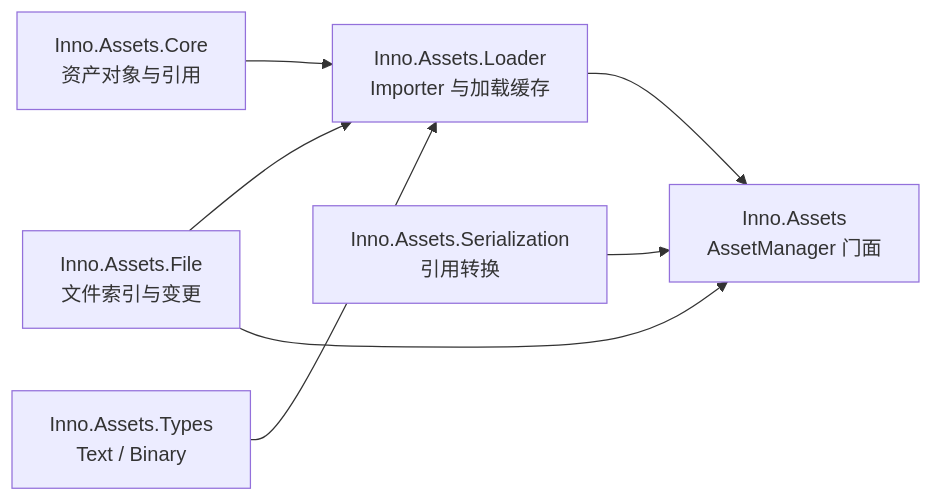
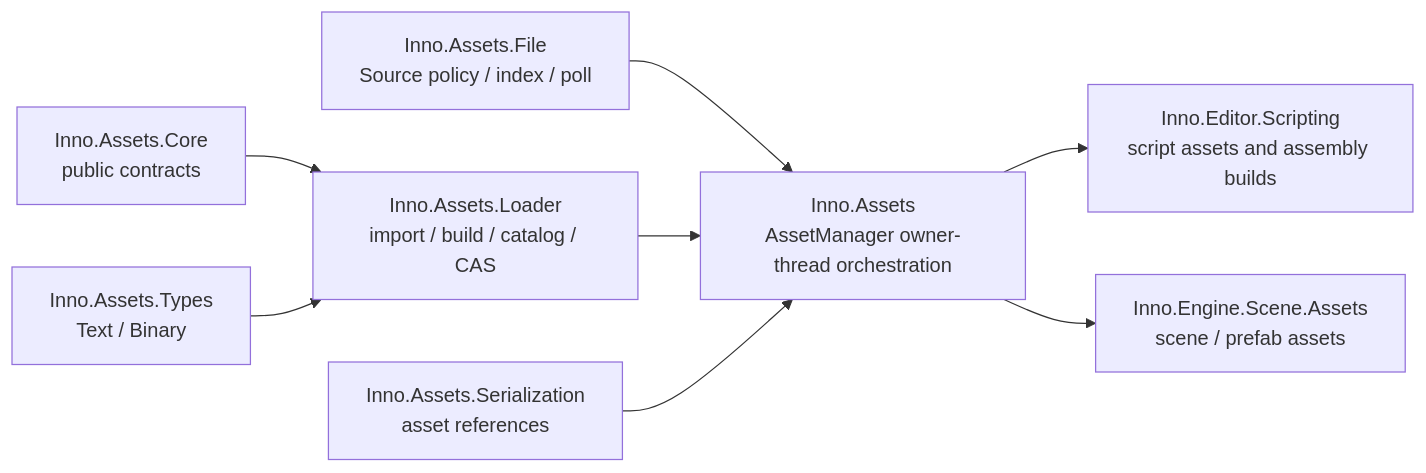
One commit to FLwolfy/InnoEngine changed the diagram in docs/assets/README.md. Above: the diagram before and after it, drawn with Mermaid. The commit also changed other lines of this file and 84 other files, not shown here.

````diff
--- a/docs/assets/README.md
+++ b/docs/assets/README.md
@@ -7,9 +7,10 @@
 ```mermaid
 flowchart LR
-    F["Inno.Assets.File<br/>文件索引与变更"] --> L["Inno.Assets.Loader<br/>Importer 与加载缓存"]
-    C["Inno.Assets.Core<br/>资产对象与引用"] --> L
-    T["Inno.Assets.Types<br/>Text / Binary"] --> L
-    S["Inno.Assets.Serialization<br/>引用转换"] --> A["Inno.Assets<br/>AssetManager 门面"]
-    L --> A
-    F --> A
+    FS["Inno.Assets.File<br/>Source policy / index / poll"] --> AM["Inno.Assets<br/>AssetManager owner-thread orchestration"]
+    CORE["Inno.Assets.Core<br/>public contracts"] --> LOAD["Inno.Assets.Loader<br/>import / build / catalog / CAS"]
+    TYPES["Inno.Assets.Types<br/>Text / Binary"] --> LOAD
+    LOAD --> AM
+    SER["Inno.Assets.Serialization<br/>asset references"] --> AM
+    AM --> SCRIPT["Inno.Editor.Scripting<br/>script assets and assembly builds"]
+    AM --> SCENE["Inno.Engine.Scene.Assets<br/>scene / prefab assets"]
 ```
````
